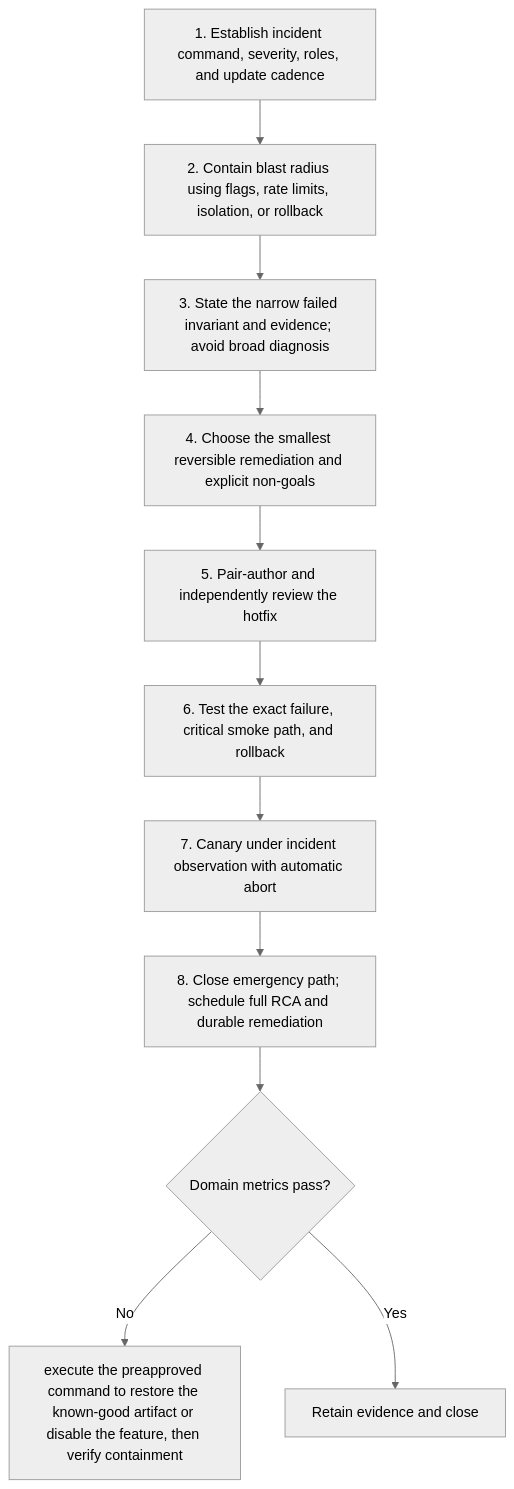
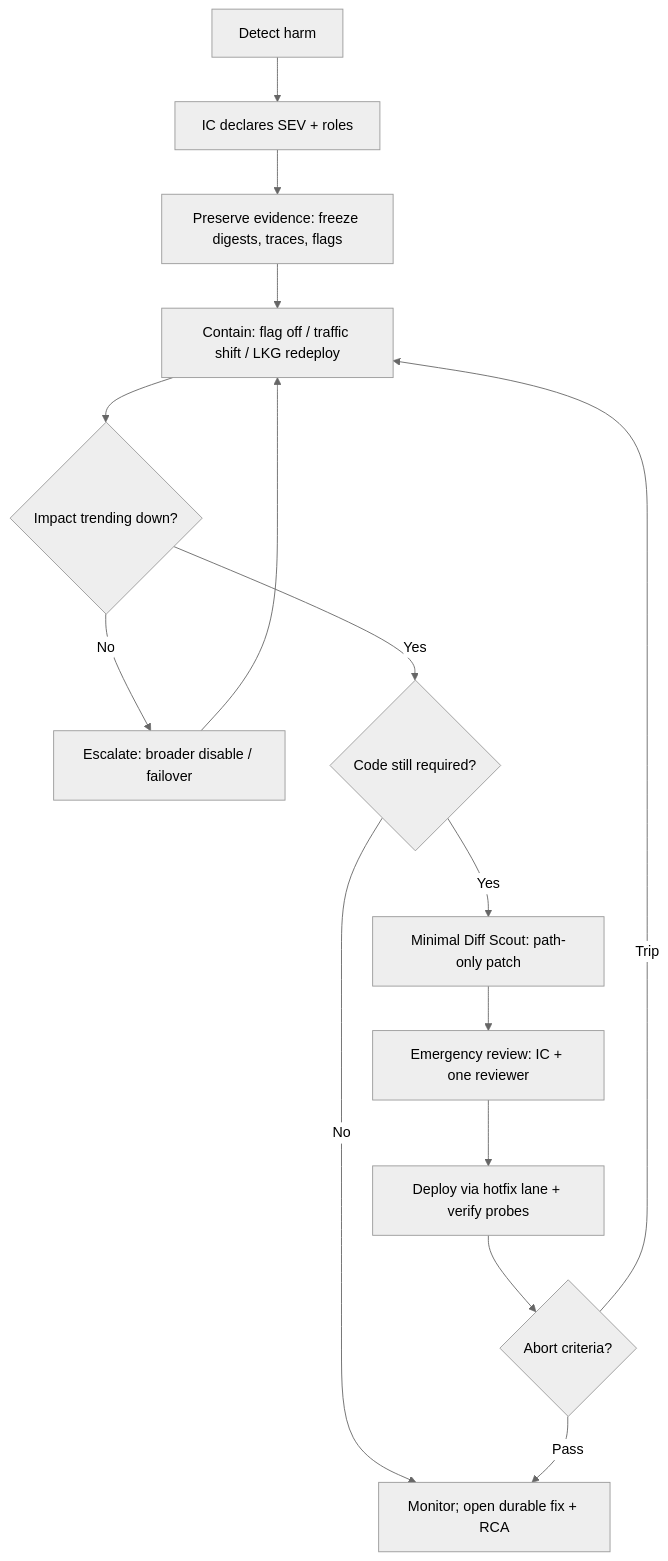
The diagram in content/patterns/hotfix-pattern/workflow.md (grvmithas/open-ai-engineering-standards), drawn with Mermaid (neutral theme) before and after one commit. The commit also changed other lines of this file and 494 other files, not shown here.

````diff
--- a/content/patterns/hotfix-pattern/workflow.md
+++ b/content/patterns/hotfix-pattern/workflow.md
@@ -9,14 +11,17 @@
 ```mermaid
 flowchart TD
-  S1[1. Establish incident command, severity, roles, and update cadence] --> S2
-  S2[2. Contain blast radius using flags, rate limits, isolation, or rollback] --> S3
-  S3[3. State the narrow failed invariant and evidence; avoid broad diagnosis] --> S4
-  S4[4. Choose the smallest reversible remediation and explicit non-goals] --> S5
-  S5[5. Pair-author and independently review the hotfix] --> S6
-  S6[6. Test the exact failure, critical smoke path, and rollback] --> S7
-  S7[7. Canary under incident observation with automatic abort] --> S8
-  S8[8. Close emergency path; schedule full RCA and durable remediation]
-  S8 --> V{Domain metrics pass?}
-  V -->|No| R[execute the preapproved command to restore the known-good artifact or disable the feature, then verify containment]
-  V -->|Yes| C[Retain evidence and close]
+    A[Detect harm] --> B[IC declares SEV + roles]
+    B --> C[Preserve evidence: freeze digests, traces, flags]
+    C --> D[Contain: flag off / traffic shift / LKG redeploy]
+    D --> E{Impact trending down?}
+    E -->|No| F[Escalate: broader disable / failover]
+    F --> D
+    E -->|Yes| G{Code still required?}
+    G -->|No| H[Monitor; open durable fix + RCA]
+    G -->|Yes| I[Minimal Diff Scout: path-only patch]
+    I --> J[Emergency review: IC + one reviewer]
+    J --> K[Deploy via hotfix lane + verify probes]
+    K --> L{Abort criteria?}
+    L -->|Trip| D
+    L -->|Pass| H
 ```
````
